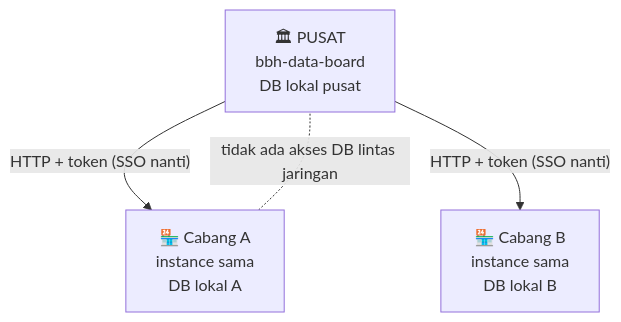
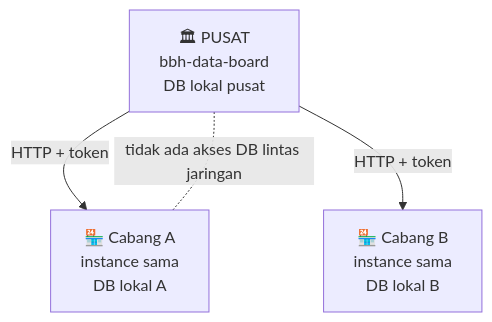
The diagram in 1793013271539-bbh-data-board-federated-branch-endpoints-multi-instance-sso-ready/SPEC.md (historic-memory/bbh-data-board-historic), drawn with Mermaid before and after one commit. The commit also changed other lines of this file and 2 other files, not shown here.

First line of the commit message:
spec(federation): SSO is REQUIRED (federated identity + local enrollment)

````diff
--- a/1793013271539-bbh-data-board-federated-branch-endpoints-multi-instance-sso-ready/SPEC.md
+++ b/1793013271539-bbh-data-board-federated-branch-endpoints-multi-instance-sso-ready/SPEC.md
@@ -22,10 +22,10 @@
 ```mermaid
 graph TD
   HQ["🏛 PUSAT<br/>bbh-data-board<br/>DB lokal pusat"]
   BR1["🏪 Cabang A<br/>instance sama<br/>DB lokal A"]
   BR2["🏪 Cabang B<br/>instance sama<br/>DB lokal B"]
 
-  HQ -- "HTTP + token (SSO nanti)" --> BR1
-  HQ -- "HTTP + token (SSO nanti)" --> BR2
+  HQ -- "HTTP + token" --> BR1
+  HQ -- "HTTP + token" --> BR2
   BR1 -. "tidak ada akses DB lintas jaringan" .- HQ
 ```
````
